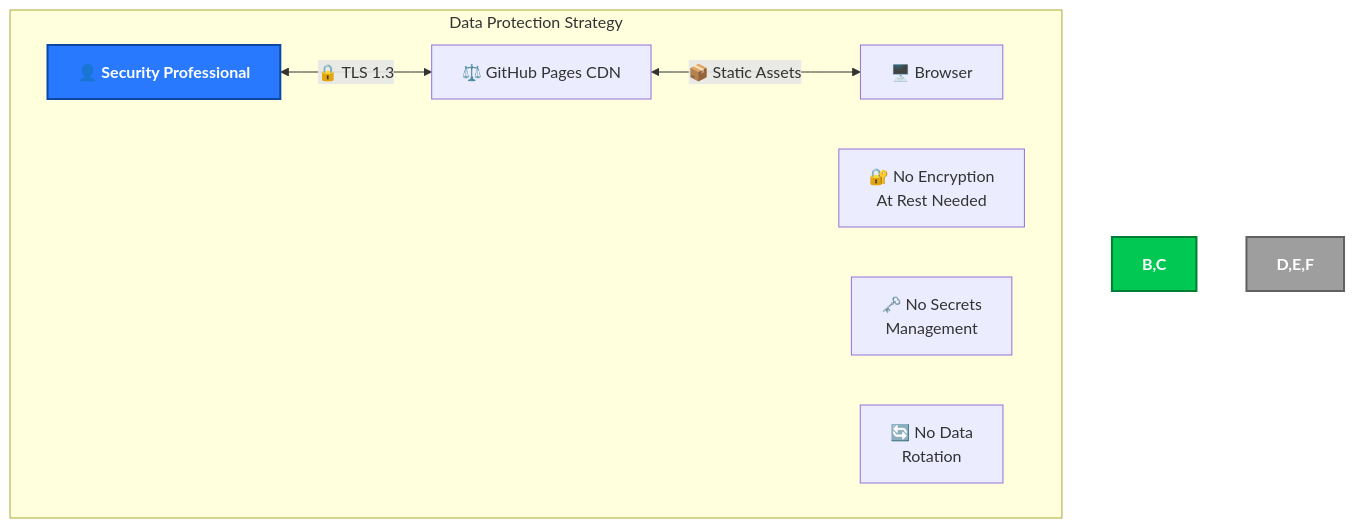
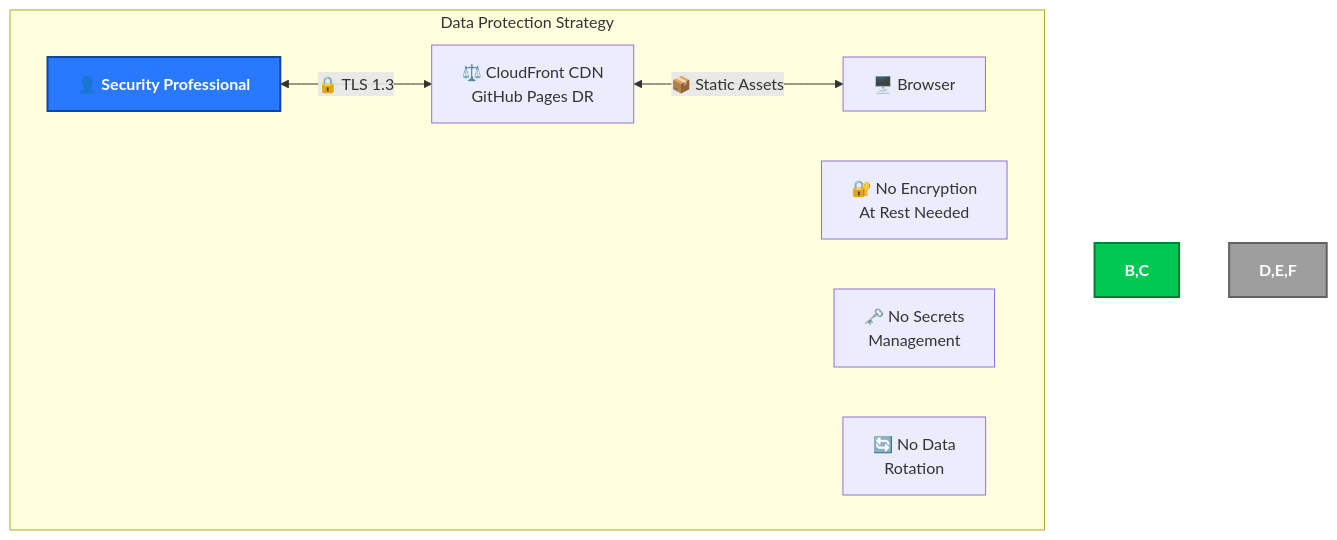
Before and after one commit to Hack23/cia-compliance-manager: the ninth of 32 diagrams in docs/architecture/SECURITY_ARCHITECTURE.md, drawn with Mermaid. The commit also changed other lines of this file and 6 other files, not shown here.

First line of the commit message:
docs: align architecture docs with Hack23 ISMS-PUBLIC standards (#942)

````diff
--- a/docs/architecture/SECURITY_ARCHITECTURE.md
+++ b/docs/architecture/SECURITY_ARCHITECTURE.md
@@ -405,15 +577,15 @@
 ```mermaid
 flowchart TD
     subgraph "Data Protection Strategy"
-        A[👤 Security Professional] <-->|"🔒 TLS 1.3"| B[⚖️ GitHub Pages CDN]
+        A[👤 Security Professional] <-->|"🔒 TLS 1.3"| B[⚖️ CloudFront CDN<br/>GitHub Pages DR]
         B <-->|"📦 Static Assets"| C[🖥️ Browser]
 
         D[🔐 No Encryption<br/>At Rest Needed]
         E[🗝️ No Secrets<br/>Management]
         F[🔄 No Data<br/>Rotation]
     end
 
     style A fill:#2979FF,stroke:#0D47A1,stroke-width:2px,color:white,font-weight:bold
     style B,C fill:#00C853,stroke:#007E33,stroke-width:2px,color:white,font-weight:bold
     style D,E,F fill:#9E9E9E,stroke:#616161,stroke-width:2px,color:white,font-weight:bold
 ```
````
